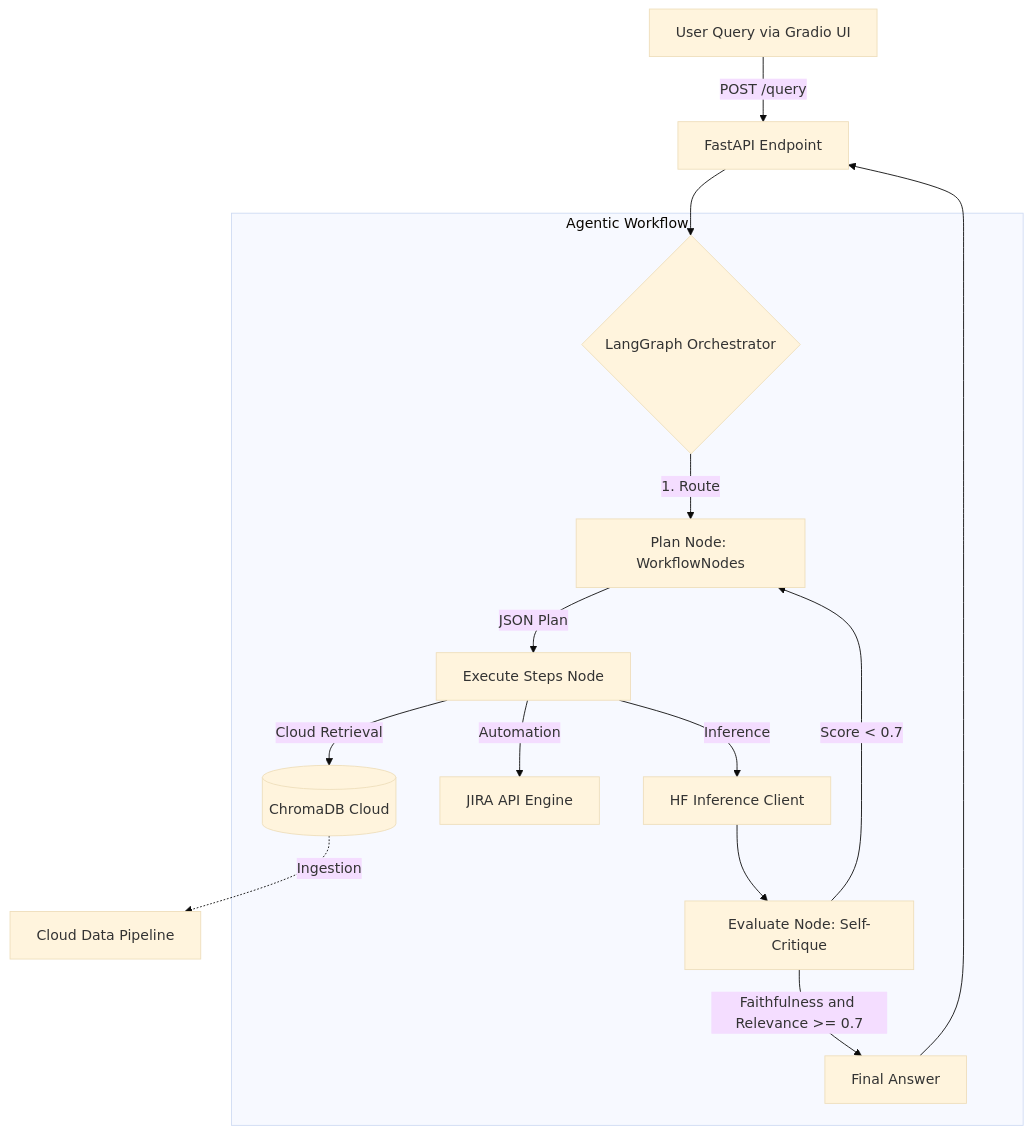
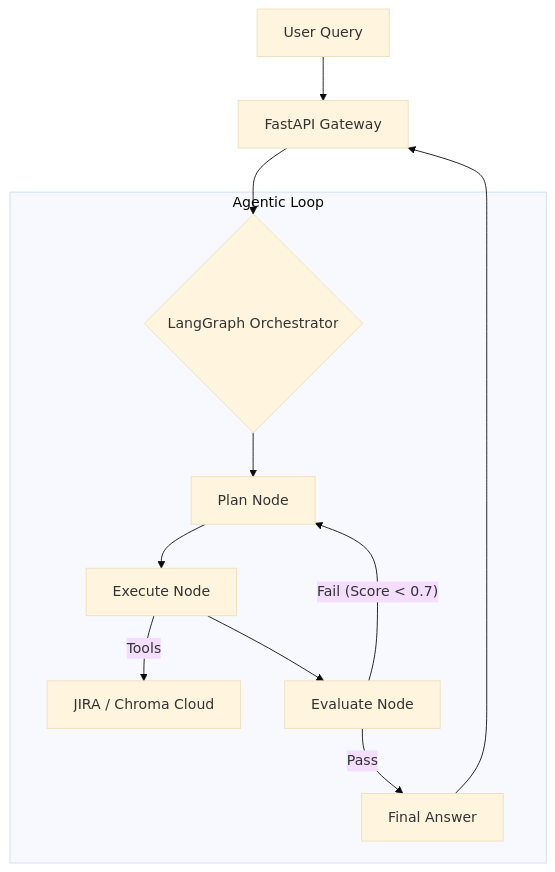
Before and after one commit to iam4tart/agentic-crm-support: the diagram in README.md, drawn with Mermaid (base theme). The commit also changed other lines of this file, not shown here.

````diff
--- a/README.md
+++ b/README.md
@@ -3,20 +19,16 @@
 ```mermaid
 graph TD
-    A[User Query via Gradio UI] -->|POST /query| B[FastAPI Endpoint]
+    A[User Query] --> B[FastAPI Gateway]
     B --> C{LangGraph Orchestrator}
     
-    subgraph Agentic Workflow
-        C -->|1. Route| D[Plan Node: WorkflowNodes]
-        D -->|JSON Plan| E[Execute Steps Node]
-        E -->|Cloud Retrieval| F[(ChromaDB Cloud)]
-        E -->|Automation| G[JIRA API Engine]
-        E -->|Inference| H[HF Inference Client]
-        
-        H --> I[Evaluate Node: Self-Critique]
-        I -->|Faithfulness and Relevance >= 0.7| J[Final Answer]
-        I -->|Score < 0.7| D
+    subgraph Agentic Loop
+        C --> D[Plan Node]
+        D --> E[Execute Node]
+        E -->|Tools| F[JIRA / Chroma Cloud]
+        E --> G[Evaluate Node]
+        G -- "Fail (Score < 0.7)" --> D
+        G -- "Pass" --> H[Final Answer]
     end
     
-    J --> B
-    F -.->|Ingestion| K[Cloud Data Pipeline]
+    H --> B
 ```
````
